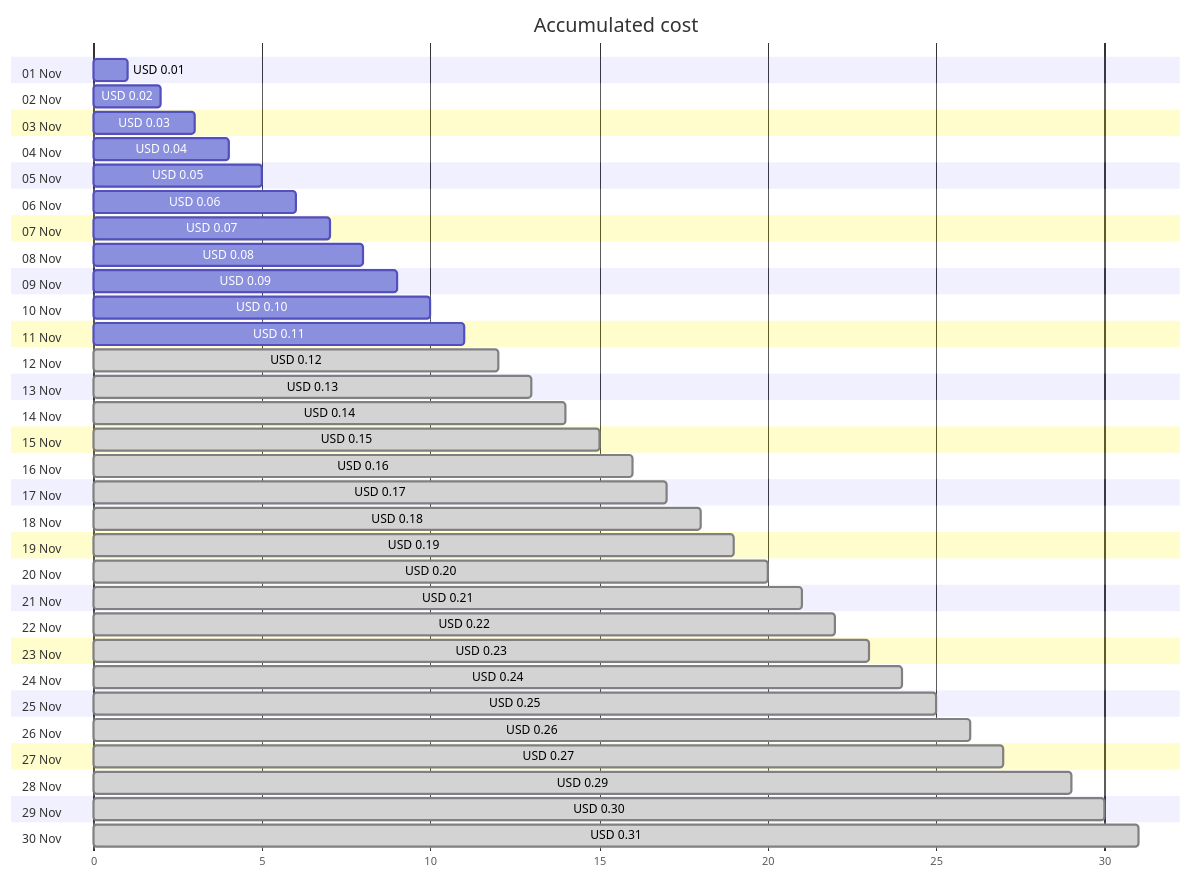
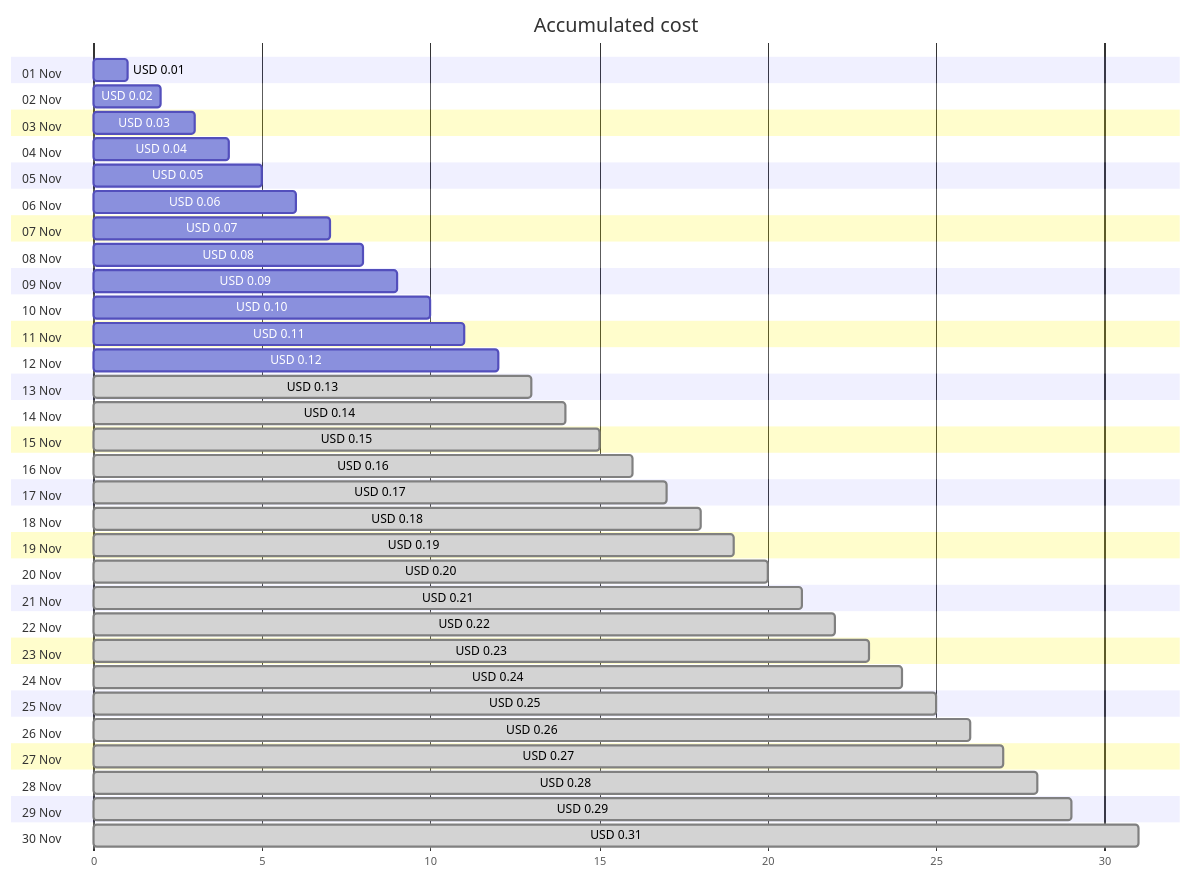
The first of 4 diagrams in cost-reports/cloud-shell-storage-eastus/README.md (jpfulton/azure-personal-reports), drawn with Mermaid before and after one commit. The commit also changed other lines of this file and 1 other file, not shown here.

````diff
--- a/cost-reports/cloud-shell-storage-eastus/README.md
+++ b/cost-reports/cloud-shell-storage-eastus/README.md
@@ -20,66 +20,66 @@
 ```mermaid
 gantt
    title Accumulated cost
    dateFormat  X
    axisFormat %s
    section 01 Nov
    USD 0.01 :0, 1
    section 02 Nov
    USD 0.02 :0, 2
    section 03 Nov
    USD 0.03 :0, 3
    section 04 Nov
    USD 0.04 :0, 4
    section 05 Nov
    USD 0.05 :0, 5
    section 06 Nov
    USD 0.06 :0, 6
    section 07 Nov
    USD 0.07 :0, 7
    section 08 Nov
    USD 0.08 :0, 8
    section 09 Nov
    USD 0.09 :0, 9
    section 10 Nov
    USD 0.10 :0, 10
    section 11 Nov
    USD 0.11 :0, 11
    section 12 Nov
-   USD 0.12 : done, 0, 12
+   USD 0.12 :0, 12
    section 13 Nov
    USD 0.13 : done, 0, 13
    section 14 Nov
    USD 0.14 : done, 0, 14
    section 15 Nov
    USD 0.15 : done, 0, 15
    section 16 Nov
    USD 0.16 : done, 0, 16
    section 17 Nov
    USD 0.17 : done, 0, 17
    section 18 Nov
    USD 0.18 : done, 0, 18
    section 19 Nov
    USD 0.19 : done, 0, 19
    section 20 Nov
    USD 0.20 : done, 0, 20
    section 21 Nov
    USD 0.21 : done, 0, 21
    section 22 Nov
    USD 0.22 : done, 0, 22
    section 23 Nov
    USD 0.23 : done, 0, 23
    section 24 Nov
    USD 0.24 : done, 0, 24
    section 25 Nov
    USD 0.25 : done, 0, 25
    section 26 Nov
    USD 0.26 : done, 0, 26
    section 27 Nov
    USD 0.27 : done, 0, 27
    section 28 Nov
+   USD 0.28 : done, 0, 28
+   section 29 Nov
    USD 0.29 : done, 0, 29
-   section 29 Nov
-   USD 0.30 : done, 0, 30
    section 30 Nov
    USD 0.31 : done, 0, 31
 ```
````
